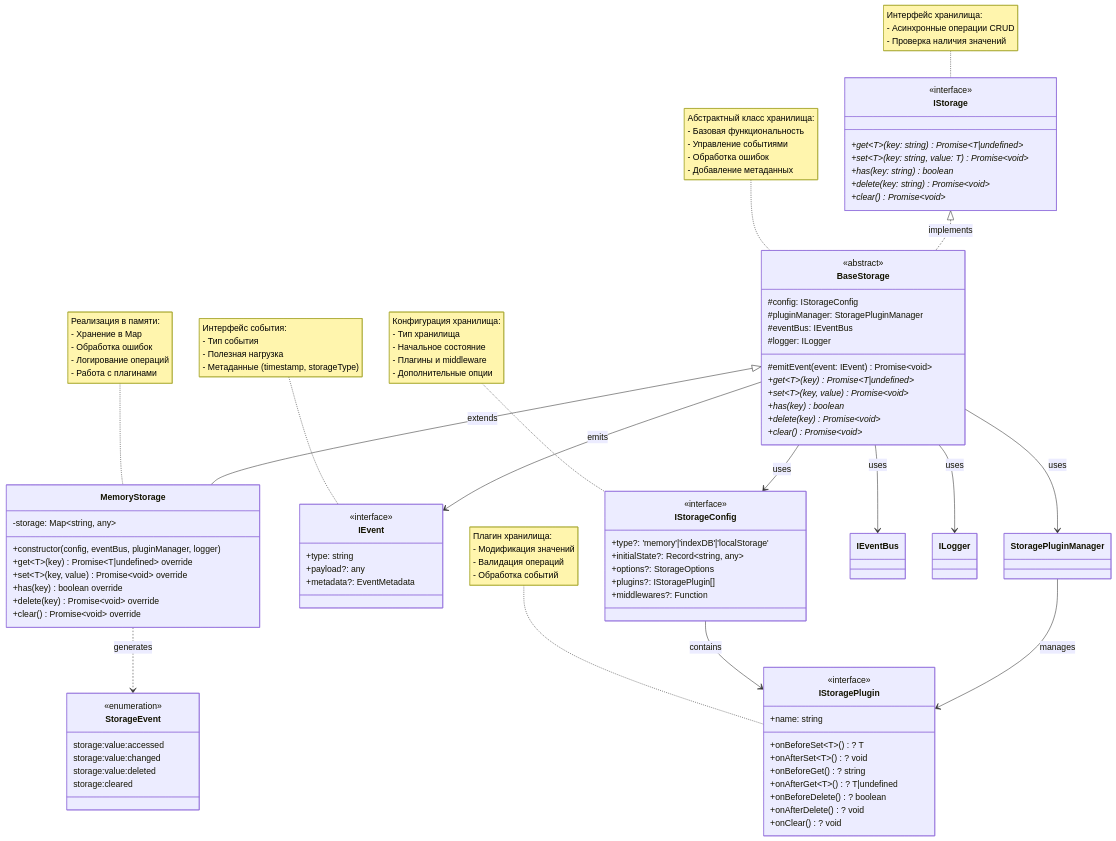
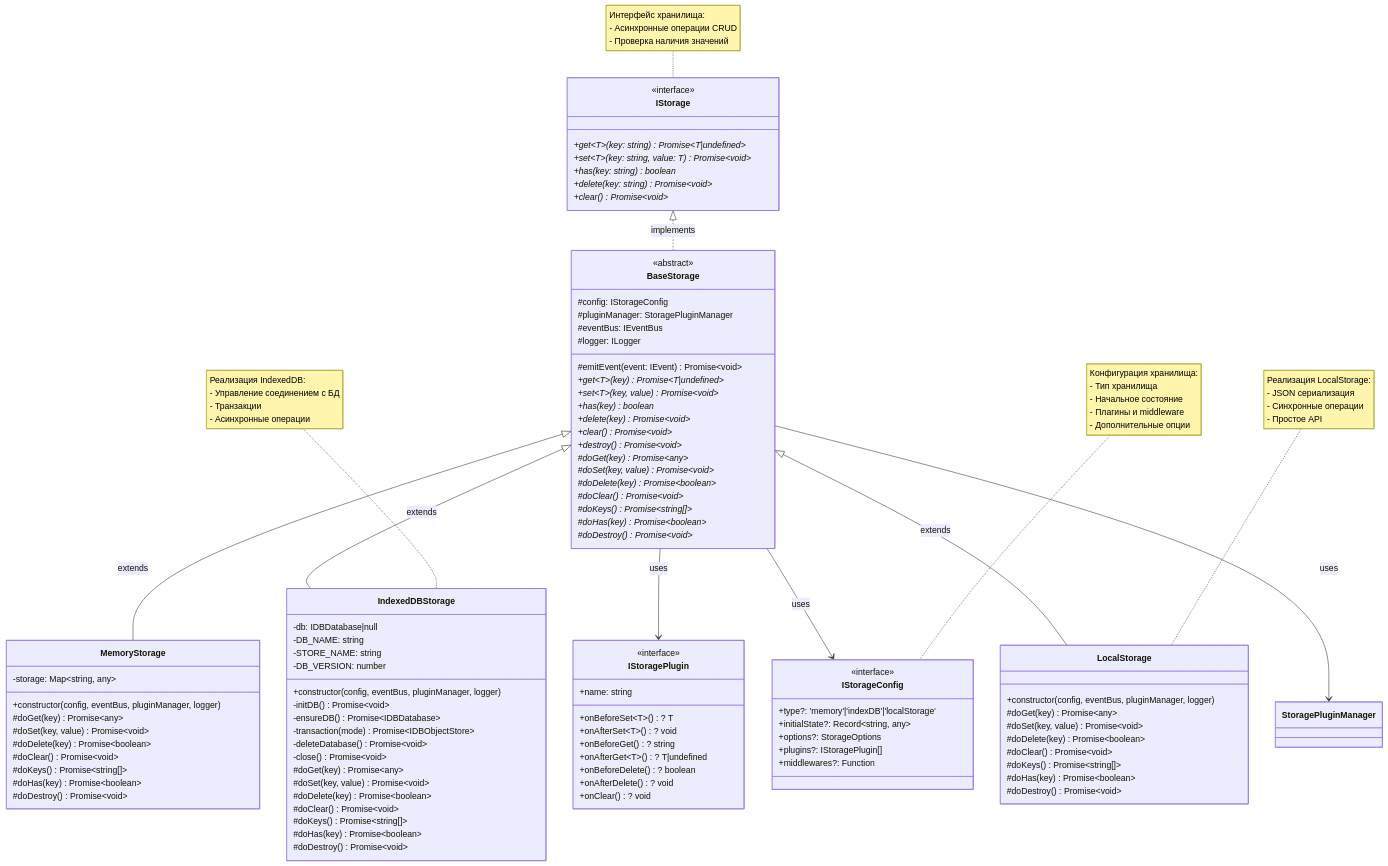
The diagram in client/app/_ui/modules/synapse/services/storage/doc/memory-storage.doc.md (Vlad92msk/social_network.v2), drawn with Mermaid before and after one commit. The commit also changed other lines of this file and 10 other files, not shown here.

````diff
--- a/client/app/_ui/modules/synapse/services/storage/doc/memory-storage.doc.md
+++ b/client/app/_ui/modules/synapse/services/storage/doc/memory-storage.doc.md
@@ -26,17 +26,6 @@
     - Плагины и middleware
     - Дополнительные опции"
 
-    class IEvent {
-        <<interface>>
-        +type: string
-        +payload?: any
-        +metadata?: EventMetadata
-    }
-    note for IEvent "Интерфейс события:
-    - Тип события
-    - Полезная нагрузка
-    - Метаданные (timestamp, storageType)"
-
     class BaseStorage {
         <<abstract>>
         #config: IStorageConfig
@@ -49,35 +38,66 @@
         +has(key)* boolean
         +delete(key)* Promise~void~
         +clear()* Promise~void~
+        +destroy()* Promise~void~
+        #doGet(key)* Promise~any~
+        #doSet(key, value)* Promise~void~
+        #doDelete(key)* Promise~boolean~
+        #doClear()* Promise~void~
+        #doKeys()* Promise~string[]~
+        #doHas(key)* Promise~boolean~
+        #doDestroy()* Promise~void~
     }
-    note for BaseStorage "Абстрактный класс хранилища:
-    - Базовая функциональность
-    - Управление событиями
-    - Обработка ошибок
-    - Добавление метаданных"
 
     class MemoryStorage {
         -storage: Map~string, any~
         +constructor(config, eventBus, pluginManager, logger)
-        +get~T~(key) Promise~T|undefined~ override
-        +set~T~(key, value) Promise~void~ override
-        +has(key) boolean override
-        +delete(key) Promise~void~ override
-        +clear() Promise~void~ override
+        #doGet(key) Promise~any~
+        #doSet(key, value) Promise~void~
+        #doDelete(key) Promise~boolean~
+        #doClear() Promise~void~
+        #doKeys() Promise~string[]~
+        #doHas(key) Promise~boolean~
+        #doDestroy() Promise~void~
     }
-    note for MemoryStorage "Реализация в памяти:
-    - Хранение в Map
-    - Обработка ошибок
-    - Логирование операций
-    - Работа с плагинами"
 
-    class StorageEvent {
-        <<enumeration>>
-        storage:value:accessed
-        storage:value:changed
-        storage:value:deleted
-        storage:cleared
+    class IndexedDBStorage {
+        -db: IDBDatabase|null
+        -DB_NAME: string
+        -STORE_NAME: string
+        -DB_VERSION: number
+        +constructor(config, eventBus, pluginManager, logger)
+        -initDB() Promise~void~
+        -ensureDB() Promise~IDBDatabase~
+        -transaction(mode) Promise~IDBObjectStore~
+        -deleteDatabase() Promise~void~
+        -close() Promise~void~
+        #doGet(key) Promise~any~
+        #doSet(key, value) Promise~void~
+        #doDelete(key) Promise~boolean~
+        #doClear() Promise~void~
+        #doKeys() Promise~string[]~
+        #doHas(key) Promise~boolean~
+        #doDestroy() Promise~void~
     }
+    note for IndexedDBStorage "Реализация IndexedDB:
+    - Управление соединением с БД
+    - Транзакции
+    - Асинхронные операции"
+
+    class LocalStorage {
+        +constructor(config, eventBus, pluginManager, logger)
+        #doGet(key) Promise~any~
+        #doSet(key, value) Promise~void~
+        #doDelete(key) Promise~boolean~
+        #doClear() Promise~void~
+        #doKeys() Promise~string[]~
+        #doHas(key) Promise~boolean~
+        #doDestroy() Promise~void~
+    }
+    note for LocalStorage "Реализация LocalStorage:
+    - JSON сериализация
+    - Синхронные операции
+    - Простое API"
 
     class IStoragePlugin {
         <<interface>>
@@ -90,19 +110,12 @@
         +onAfterDelete()? void
         +onClear()? void
     }
-    note for IStoragePlugin "Плагин хранилища:
-    - Модификация значений
-    - Валидация операций
-    - Обработка событий"
 
     IStorage <|.. BaseStorage : implements
     BaseStorage <|-- MemoryStorage : extends
+    BaseStorage <|-- IndexedDBStorage : extends
+    BaseStorage <|-- LocalStorage : extends
     BaseStorage --> IStorageConfig : uses
-    BaseStorage --> IEvent : emits
-    MemoryStorage ..> StorageEvent : generates
+    BaseStorage --> IStoragePlugin : uses
     BaseStorage --> StoragePluginManager : uses
-    BaseStorage --> IEventBus : uses
-    BaseStorage --> ILogger : uses
-    IStorageConfig --> IStoragePlugin : contains
-    StoragePluginManager --> IStoragePlugin : manages
 ```
````
